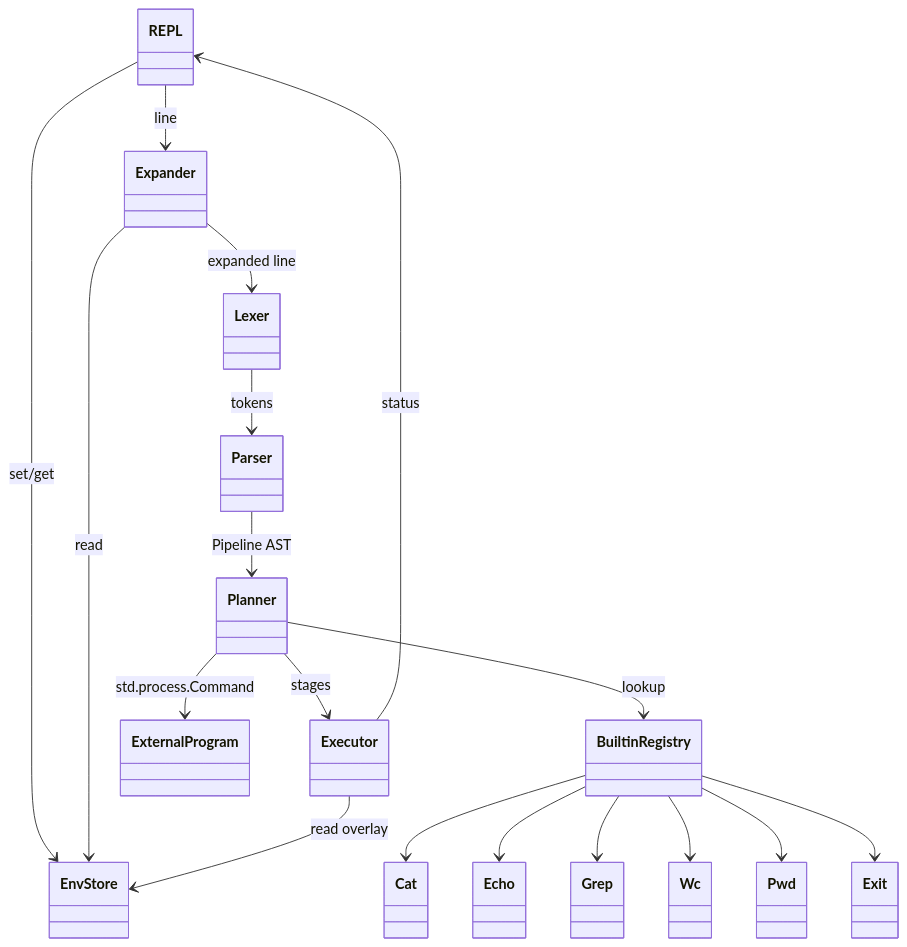
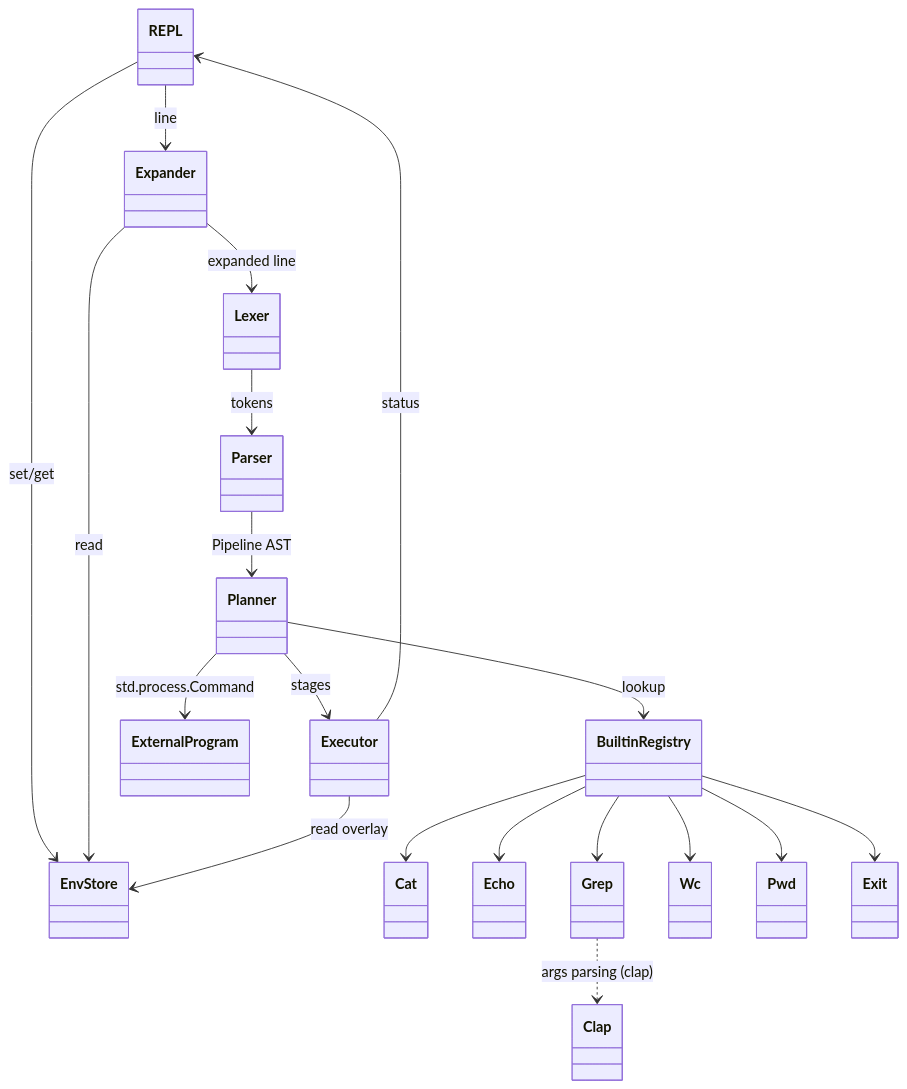
Before and after one commit to derandomize/se-cli: the diagram in docs/ARCHITECTURE.md, drawn with Mermaid.

Commit message:
docs: add clap dependency to architecture diagram

````diff
--- a/docs/ARCHITECTURE.md
+++ b/docs/ARCHITECTURE.md
@@ -26,40 +26,44 @@
 ```mermaid
 classDiagram
   class REPL
   class Expander
   class Lexer
   class Parser
   class Planner
   class Executor
   class EnvStore
   class BuiltinRegistry
   class ExternalProgram
 
+  class Clap
+
   class Cat
   class Echo
   class Grep
   class Wc
   class Pwd
   class Exit
+
+  Grep ..> Clap : args parsing (clap)
 
   REPL --> Expander : line
   Expander --> Lexer : expanded line
   Lexer --> Parser : tokens
   Parser --> Planner : Pipeline AST
   Planner --> Executor : stages
   Executor --> REPL : status
 
   REPL --> EnvStore : set/get
   Expander --> EnvStore : read
   Executor --> EnvStore : read overlay
 
   Planner --> BuiltinRegistry : lookup
   Planner --> ExternalProgram : std.process.Command
 
   BuiltinRegistry --> Cat
   BuiltinRegistry --> Echo
   BuiltinRegistry --> Grep
   BuiltinRegistry --> Wc
   BuiltinRegistry --> Pwd
   BuiltinRegistry --> Exit
 ```
````
